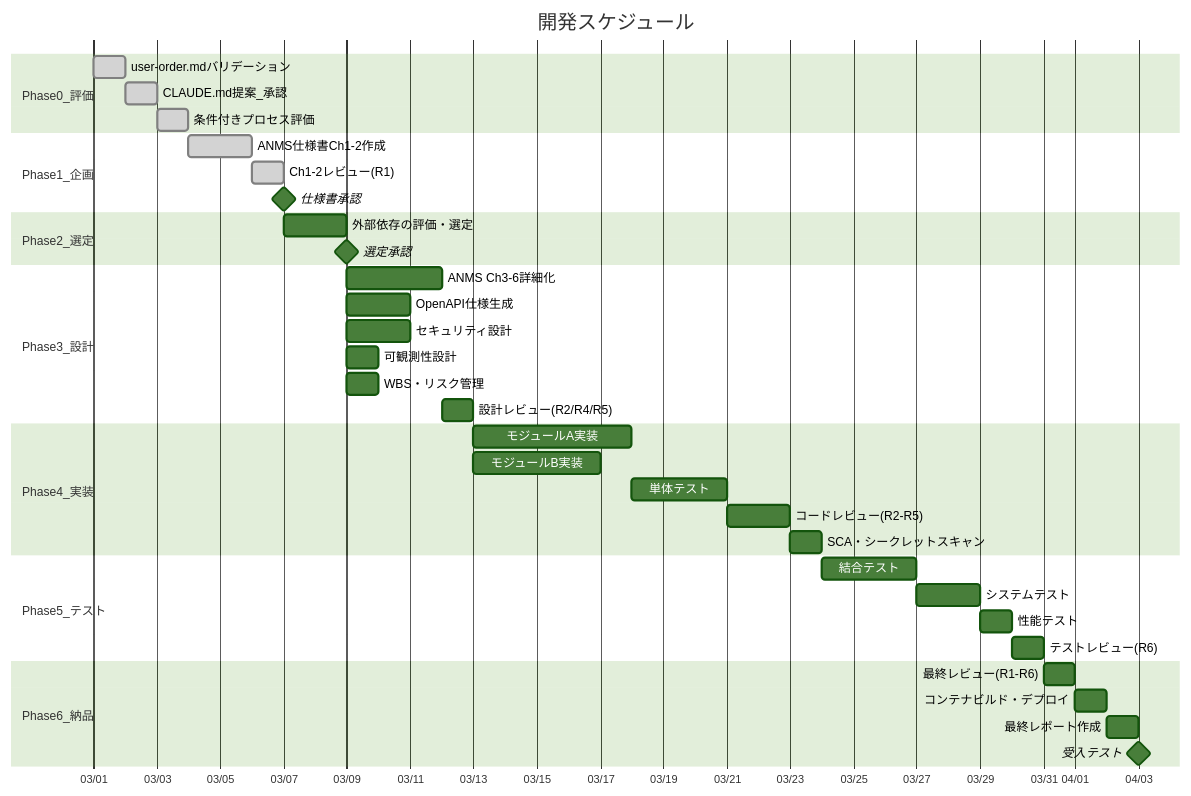
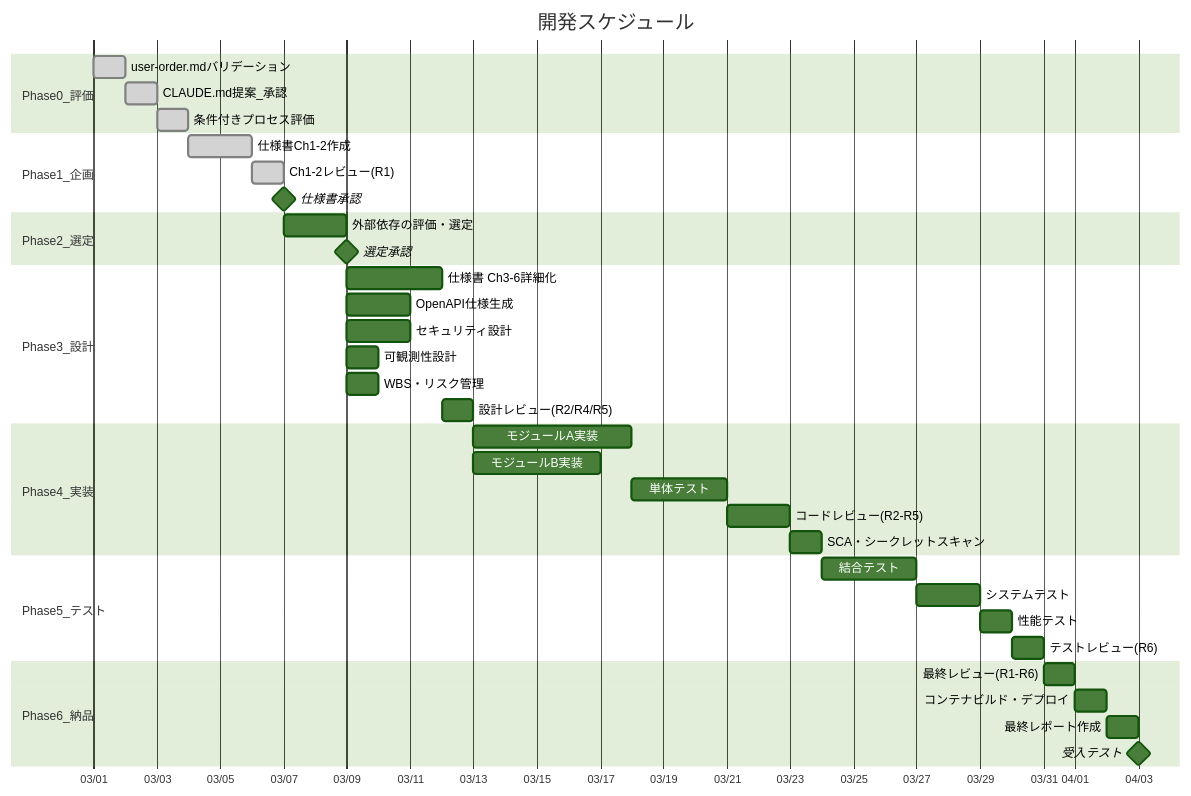
One commit to GoodRelax/claude-code-full-auto-dev changed the fifth of 11 diagrams in process-rules/full-auto-dev-process-rules-ja.md. Above: the diagram before and after it, drawn with Mermaid (forest theme). The commit also changed other lines of this file and 38 other files, not shown here.

````diff
--- a/process-rules/full-auto-dev-process-rules-ja.md
+++ b/process-rules/full-auto-dev-process-rules-ja.md
@@ -731,47 +833,47 @@
 ```mermaid
 gantt
     title 開発スケジュール
     dateFormat  YYYY-MM-DD
     axisFormat  %m/%d
 
     section Phase0_評価
     user-order.mdバリデーション     : done, p0a, 2026-03-01, 1d
     CLAUDE.md提案_承認             : done, p0a2, after p0a, 1d
     条件付きプロセス評価           : done, p0b, after p0a2, 1d
 
     section Phase1_企画
-    ANMS仕様書Ch1-2作成            : done, p1b, after p0b, 2d
+    仕様書Ch1-2作成                 : done, p1b, after p0b, 2d
     Ch1-2レビュー(R1)              : done, p1c, after p1b, 1d
     仕様書承認                    : milestone, p1d, after p1c, 0d
 
     section Phase2_選定
     外部依存の評価・選定           : p2s, after p1d, 2d
     選定承認                      : milestone, p2m, after p2s, 0d
 
     section Phase3_設計
-    ANMS Ch3-6詳細化               : p3a, after p2m, 3d
+    仕様書 Ch3-6詳細化              : p3a, after p2m, 3d
     OpenAPI仕様生成               : p3e, after p2m, 2d
     セキュリティ設計               : p3b, after p2m, 2d
     可観測性設計                   : p3f, after p2m, 1d
     WBS・リスク管理               : p3c, after p2m, 1d
     設計レビュー(R2/R4/R5)        : p3d, after p3a, 1d
 
     section Phase4_実装
     モジュールA実装               : p4a, after p3d, 5d
     モジュールB実装               : p4b, after p3d, 4d
     単体テスト                    : p4c, after p4a, 3d
     コードレビュー(R2-R5)        : p4d, after p4c, 2d
     SCA・シークレットスキャン      : p4e, after p4d, 1d
 
     section Phase5_テスト
     結合テスト                    : p5a, after p4e, 3d
     システムテスト                 : p5b, after p5a, 2d
     性能テスト                    : p5g, after p5b, 1d
     テストレビュー(R6)             : p5c, after p5g, 1d
 
     section Phase6_納品
     最終レビュー(R1-R6)            : p6a, after p5c, 1d
     コンテナビルド・デプロイ        : p6b, after p6a, 1d
     最終レポート作成               : p6c, after p6b, 1d
     受入テスト                    : milestone, p6d, after p6c, 0d
 ```
````
